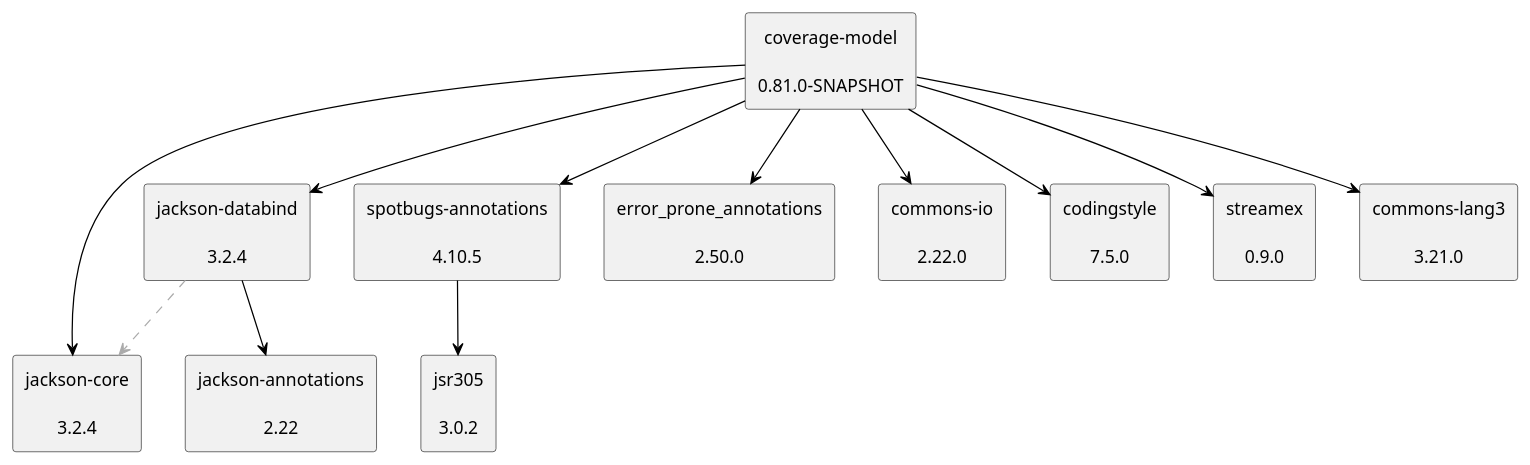
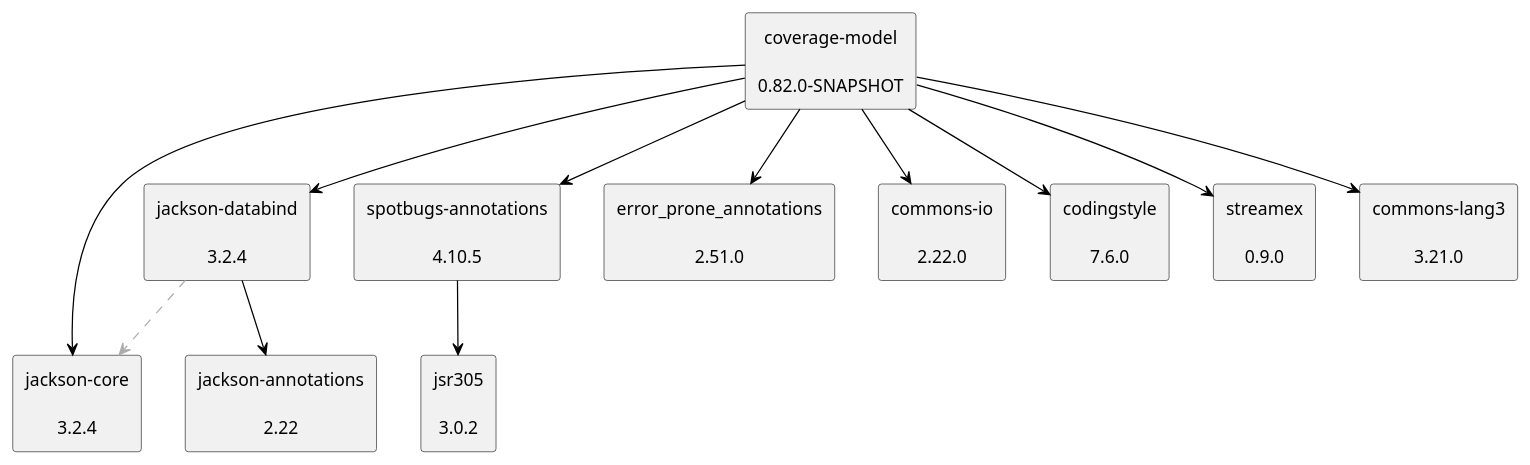
The diagram in doc/dependency-graph.puml (jenkinsci/coverage-model), drawn with PlantUML before and after one commit.

Commit message:
Update dependency graph to latest versions from POM

```diff
--- a/doc/dependency-graph.puml
+++ b/doc/dependency-graph.puml
@@ -1,31 +1,31 @@
 @startuml
 skinparam defaultTextAlignment center
 skinparam rectangle {
   BackgroundColor<<optional>> beige
   BackgroundColor<<test>> lightGreen
   BackgroundColor<<runtime>> lightBlue
   BackgroundColor<<provided>> lightGray
 }
-rectangle "coverage-model\n\n0.81.0-SNAPSHOT" as edu_hm_hafner_coverage_model_jar
+rectangle "coverage-model\n\n0.82.0-SNAPSHOT" as edu_hm_hafner_coverage_model_jar
 rectangle "jackson-core\n\n3.2.4" as tools_jackson_core_jackson_core_jar
 rectangle "jackson-databind\n\n3.2.4" as tools_jackson_core_jackson_databind_jar
 rectangle "jackson-annotations\n\n2.22" as com_fasterxml_jackson_core_jackson_annotations_jar
 rectangle "spotbugs-annotations\n\n4.10.5" as com_github_spotbugs_spotbugs_annotations_jar
 rectangle "jsr305\n\n3.0.2" as com_google_code_findbugs_jsr305_jar
-rectangle "error_prone_annotations\n\n2.50.0" as com_google_errorprone_error_prone_annotations_jar
+rectangle "error_prone_annotations\n\n2.51.0" as com_google_errorprone_error_prone_annotations_jar
 rectangle "commons-io\n\n2.22.0" as commons_io_commons_io_jar
-rectangle "codingstyle\n\n7.5.0" as edu_hm_hafner_codingstyle_jar
+rectangle "codingstyle\n\n7.6.0" as edu_hm_hafner_codingstyle_jar
 rectangle "streamex\n\n0.9.0" as one_util_streamex_jar
 rectangle "commons-lang3\n\n3.21.0" as org_apache_commons_commons_lang3_jar
 edu_hm_hafner_coverage_model_jar -[#000000]-> tools_jackson_core_jackson_core_jar
 tools_jackson_core_jackson_databind_jar -[#000000]-> com_fasterxml_jackson_core_jackson_annotations_jar
 tools_jackson_core_jackson_databind_jar .[#ABABAB].> tools_jackson_core_jackson_core_jar
 edu_hm_hafner_coverage_model_jar -[#000000]-> tools_jackson_core_jackson_databind_jar
 com_github_spotbugs_spotbugs_annotations_jar -[#000000]-> com_google_code_findbugs_jsr305_jar
 edu_hm_hafner_coverage_model_jar -[#000000]-> com_github_spotbugs_spotbugs_annotations_jar
 edu_hm_hafner_coverage_model_jar -[#000000]-> com_google_errorprone_error_prone_annotations_jar
 edu_hm_hafner_coverage_model_jar -[#000000]-> commons_io_commons_io_jar
 edu_hm_hafner_coverage_model_jar -[#000000]-> edu_hm_hafner_codingstyle_jar
 edu_hm_hafner_coverage_model_jar -[#000000]-> one_util_streamex_jar
 edu_hm_hafner_coverage_model_jar -[#000000]-> org_apache_commons_commons_lang3_jar
 @enduml
```
